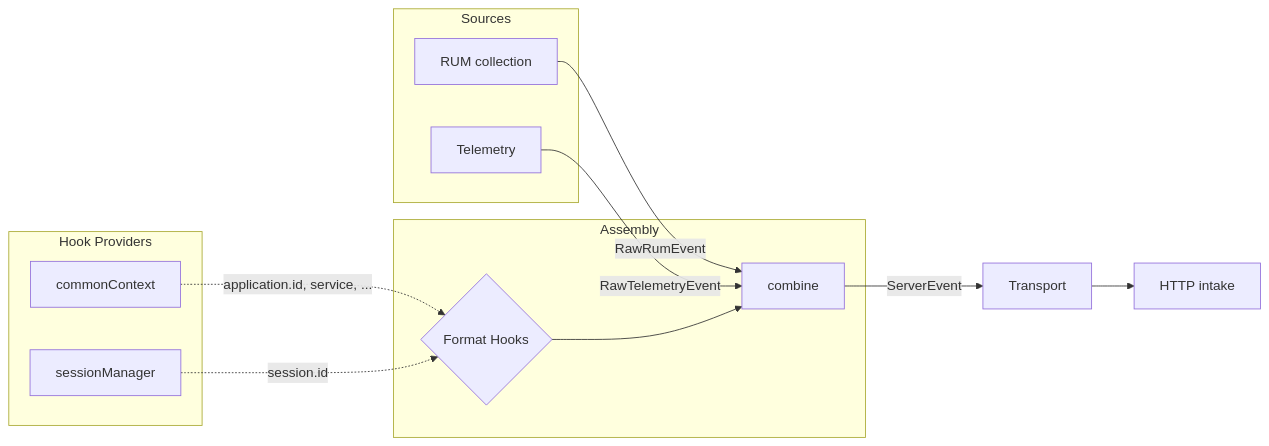
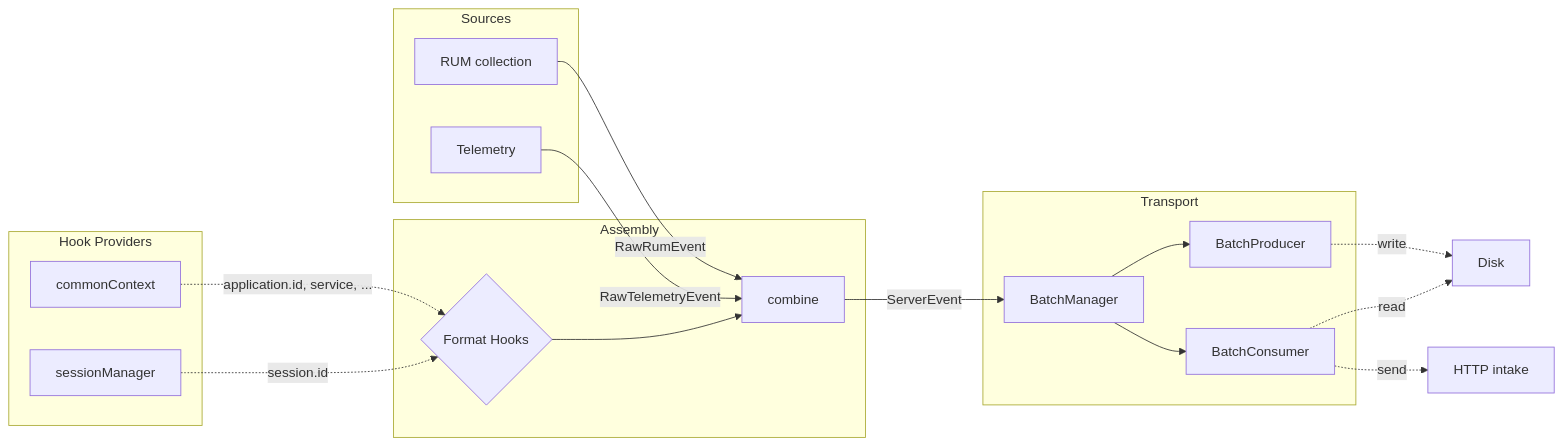
Before and after one commit to DataDog/electron-sdk: the diagram in docs/ARCHITECTURE.md, drawn with Mermaid. The commit also changed other lines of this file and 18 other files, not shown here.

````diff
--- a/docs/ARCHITECTURE.md
+++ b/docs/ARCHITECTURE.md
@@ -7,25 +7,35 @@
 ```mermaid
 flowchart LR
     subgraph Sources
         RUM[RUM collection]
         TEL[Telemetry]
     end
 
     subgraph Assembly
         HOOKS{Format Hooks}
         COMBINE[combine]
     end
 
     subgraph "Hook Providers"
         CC[commonContext]
         SM[sessionManager]
     end
 
+    subgraph Transport
+        BM[BatchManager]
+        BP[BatchProducer]
+        BC[BatchConsumer]
+    end
+
     RUM -- RawRumEvent --> COMBINE
     TEL -- RawTelemetryEvent --> COMBINE
     CC -. "application.id, service, ..." .-> HOOKS
     SM -. "session.id" .-> HOOKS
     HOOKS --> COMBINE
-    COMBINE -- ServerEvent --> TRP[Transport]
-    TRP --> INT[HTTP intake]
+    COMBINE -- ServerEvent --> BM
+    BM --> BP
+    BM --> BC
+    BP -. "write" .-> DISK[Disk]
+    BC -. "read" .-> DISK[Disk]
+    BC -. "send" .-> INT[HTTP intake]
 ```
````
